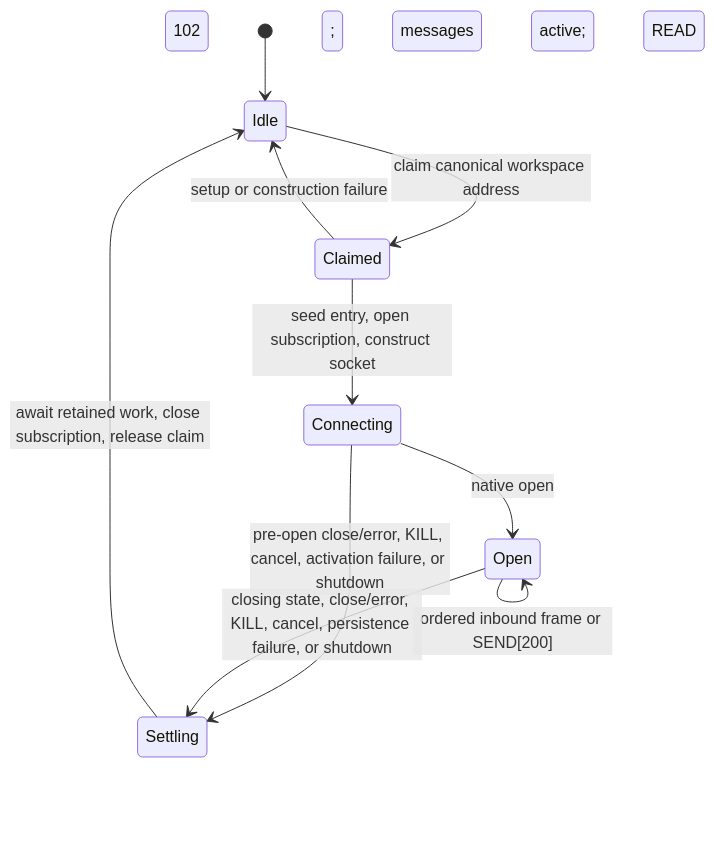
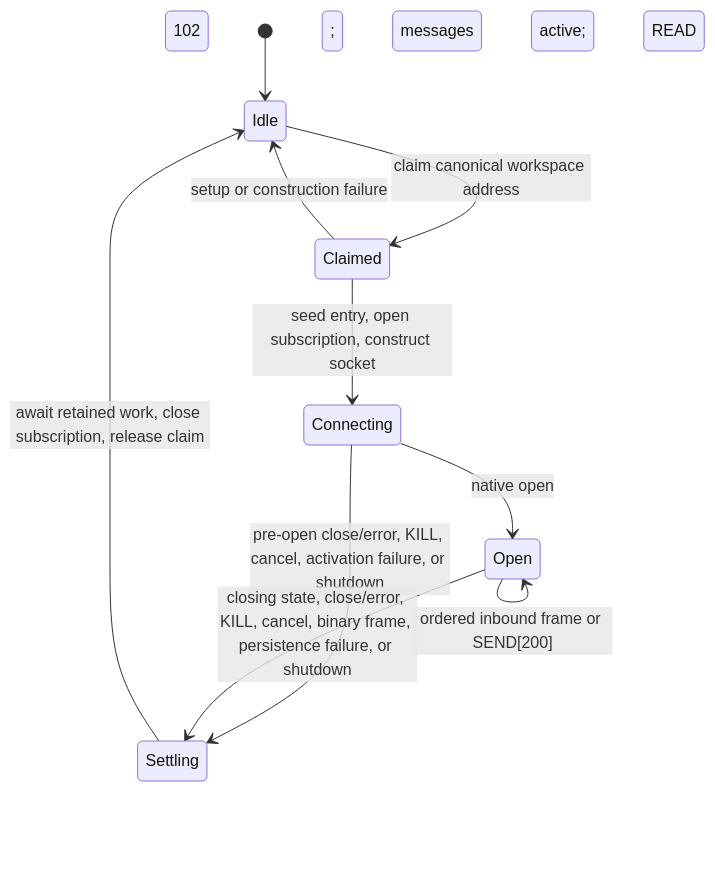
Before and after one commit to plurnk/plurnk-service: the second of 2 diagrams in plurnk-schemes-http/SPEC.md, drawn with Mermaid. The commit also changed other lines of this file and 1 other file, not shown here.

````diff
--- a/plurnk-schemes-http/SPEC.md
+++ b/plurnk-schemes-http/SPEC.md
@@ -367,12 +367,12 @@
 ```mermaid
 stateDiagram-v2
     [*] --> Idle
     Idle --> Claimed: claim canonical workspace address
     Claimed --> Connecting: seed entry, open subscription, construct socket
     Claimed --> Idle: setup or construction failure
     Connecting --> Open: native open; messages active; READ 102
     Connecting --> Settling: pre-open close/error, KILL, cancel, activation failure, or shutdown
     Open --> Open: ordered inbound frame or SEND[200]
-    Open --> Settling: closing state, close/error, KILL, cancel, persistence failure, or shutdown
+    Open --> Settling: closing state, close/error, KILL, cancel, binary frame, persistence failure, or shutdown
     Settling --> Idle: await retained work, close subscription, release claim
 ```
````
